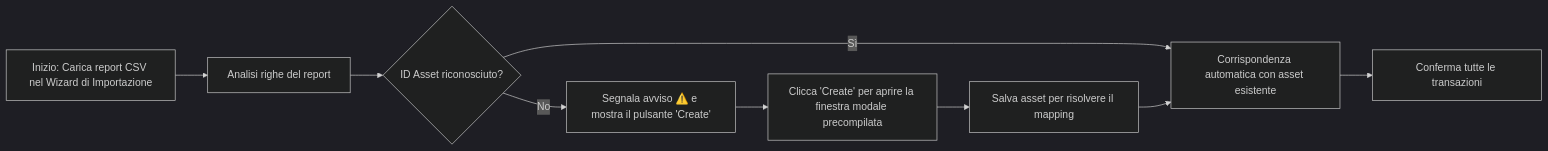
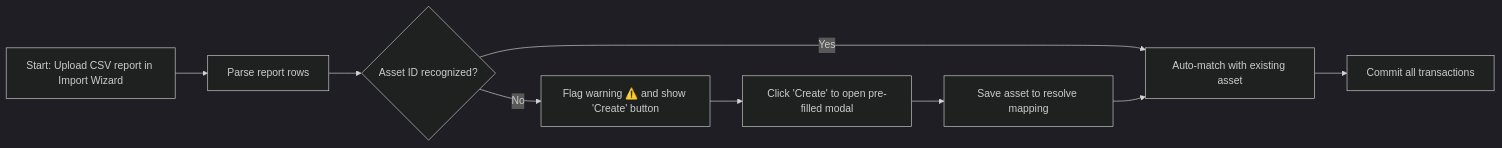
One commit to Librefolio/LibreFolio changed the second of 2 diagrams in mkdocs_src/docs/user/assets/create-edit.it.md. Above: the diagram before and after it, drawn with Mermaid (dark theme). The commit also changed other lines of this file and 73 other files, not shown here.

````diff
--- a/mkdocs_src/docs/user/assets/create-edit.it.md
+++ b/mkdocs_src/docs/user/assets/create-edit.it.md
@@ -28,11 +28,11 @@
-    ```mermaid
-    flowchart LR
-        A[Inizio: Carica report CSV nel Wizard di Importazione] --> B[Analisi righe del report]
-        B --> C{ID Asset riconosciuto?}
-        C -->|Sì| D[Corrispondenza automatica con asset esistente]
-        C -->|No| E[Segnala avviso ⚠️ e mostra il pulsante 'Create']
-        E --> F[Clicca 'Create' per aprire la finestra modale precompilata]
-        F --> G[Salva asset per risolvere il mapping]
-        G --> D
-        D --> H[Conferma tutte le transazioni]
-    ```
+ ```mermaid
+ flowchart LR
+ A[Start: Upload CSV report in Import Wizard] --> B[Parse report rows]
+ B --> C{Asset ID recognized?}
+ C -->|Yes| D[Auto-match with existing asset]
+ C -->|No| E[Flag warning ⚠️ and show 'Create' button]
+ E --> F[Click 'Create' to open pre-filled modal]
+ F --> G[Save asset to resolve mapping]
+ G --> D
+ D --> H[Commit all transactions]
+ ```
````
